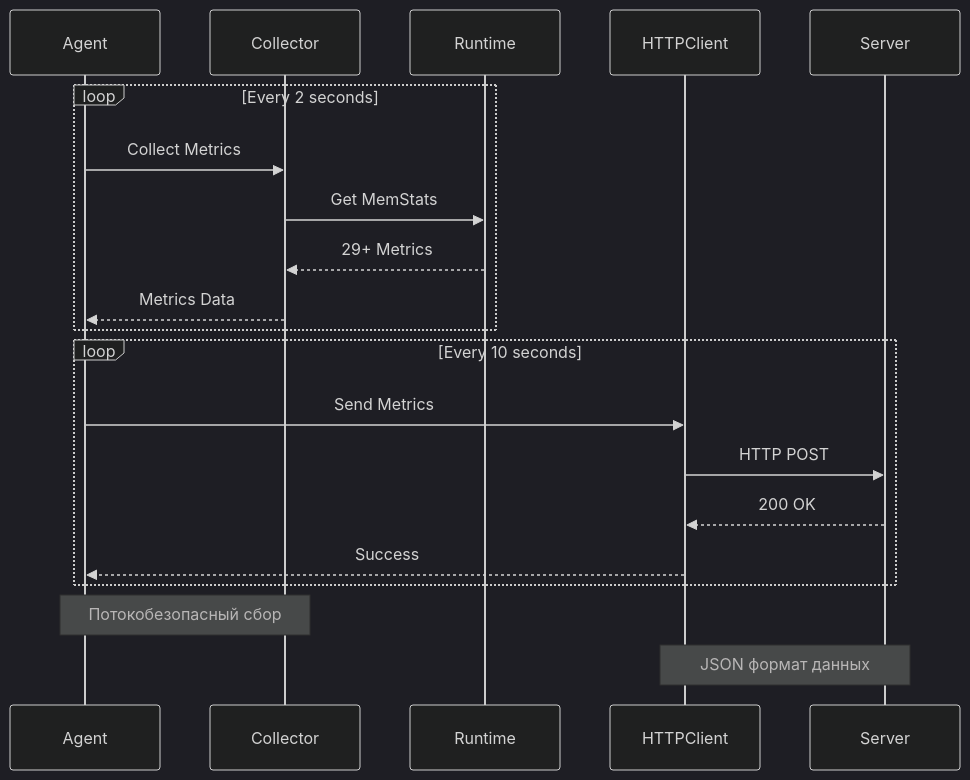
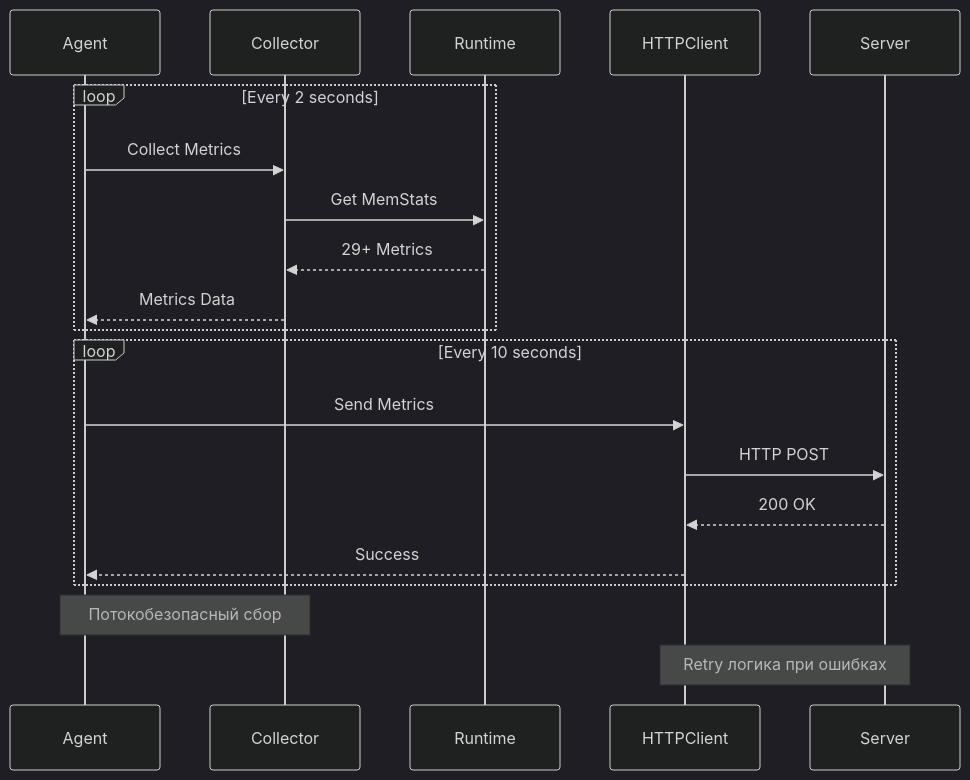
Before and after one commit to IgorKilipenko/metrical: the second of 2 diagrams in internal/agent/README.md, drawn with Mermaid (dark theme). The commit also changed other lines of this file and 1 other file, not shown here.

````diff
--- a/internal/agent/README.md
+++ b/internal/agent/README.md
@@ -50,25 +50,25 @@
 ```mermaid
 sequenceDiagram
     participant Agent
     participant Collector
     participant Runtime
     participant HTTPClient
     participant Server
     
     loop Every 2 seconds
         Agent->>Collector: Collect Metrics
         Collector->>Runtime: Get MemStats
         Runtime-->>Collector: 29+ Metrics
         Collector-->>Agent: Metrics Data
     end
     
     loop Every 10 seconds
         Agent->>HTTPClient: Send Metrics
         HTTPClient->>Server: HTTP POST
         Server-->>HTTPClient: 200 OK
         HTTPClient-->>Agent: Success
     end
     
     Note over Agent,Collector: Потокобезопасный сбор
-    Note over HTTPClient,Server: JSON формат данных
+    Note over HTTPClient,Server: Retry логика при ошибках
 ```
````
